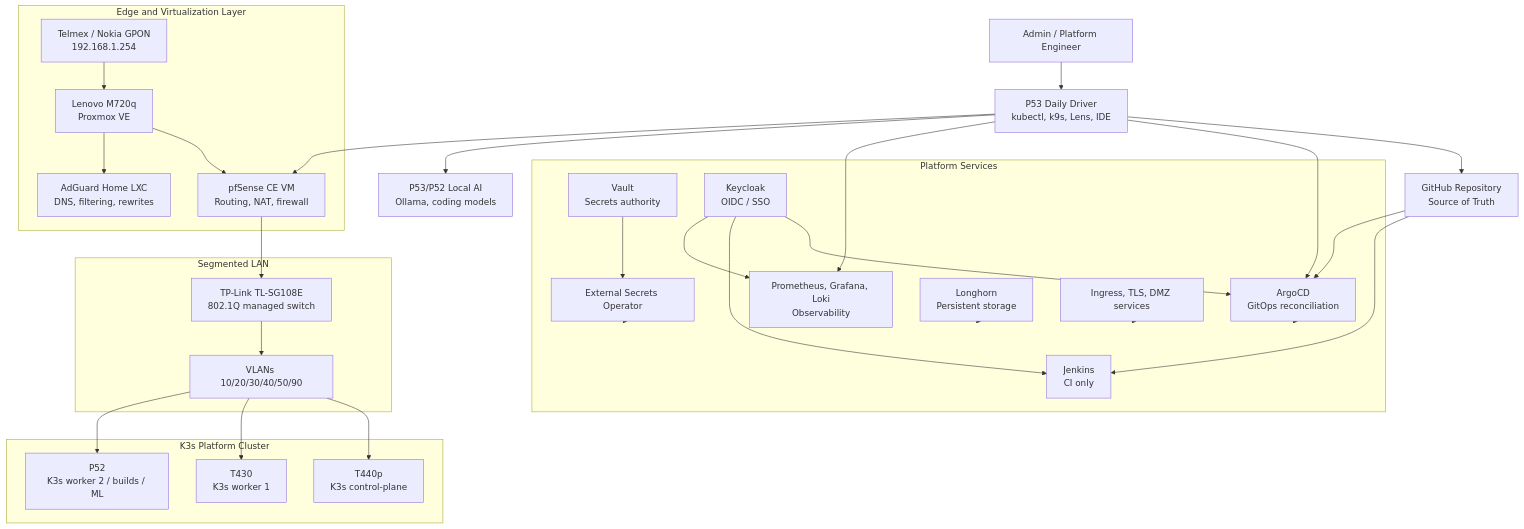
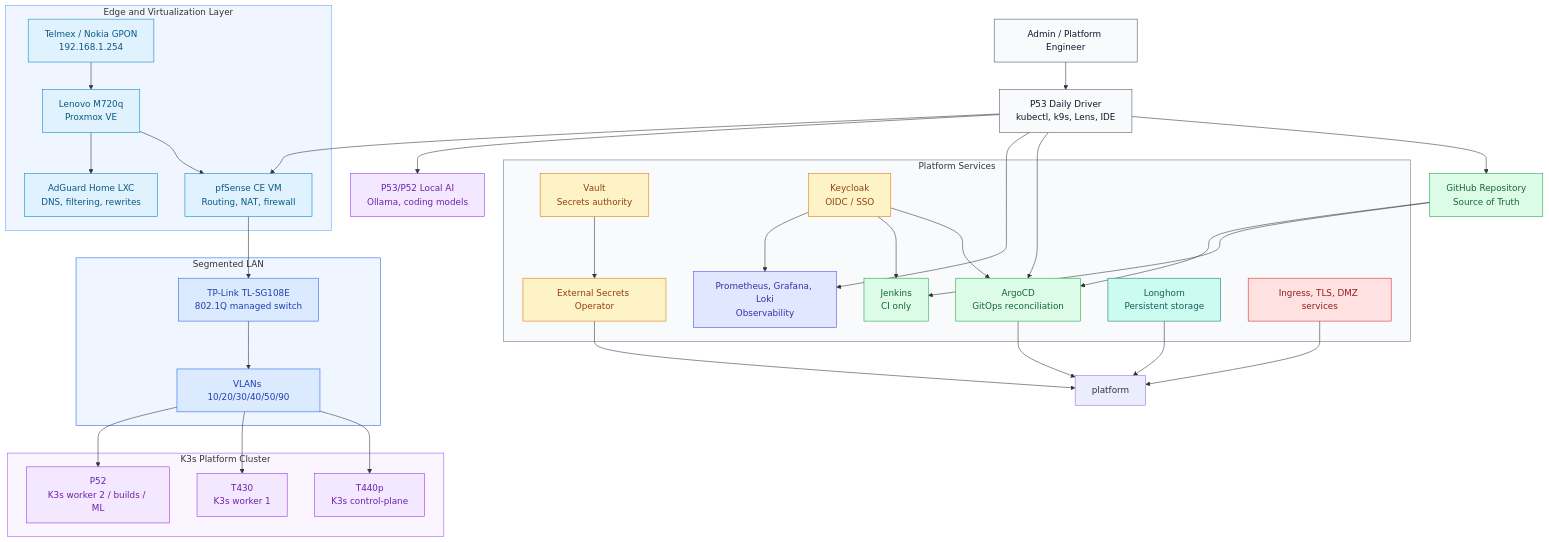
Before and after one commit to Vanguard94-RR/HomeLab: the first of 7 diagrams in docs/HomeLab-Enterprise-Architecture.md, drawn with Mermaid. The commit also changed other lines of this file, not shown here.

Commit message:
docs: color architecture diagrams

````diff
--- a/docs/HomeLab-Enterprise-Architecture.md
+++ b/docs/HomeLab-Enterprise-Architecture.md
@@ -87,25 +87,25 @@
   workstation["P53 Daily Driver<br/>kubectl, k9s, Lens, IDE"]
   ai["P53/P52 Local AI<br/>Ollama, coding models"]
 
-  subgraph edge["Edge and Virtualization Layer"]
+  subgraph edgeLayer["Edge and Virtualization Layer"]
     isp["Telmex / Nokia GPON<br/>192.168.1.254"]
     proxmox["Lenovo M720q<br/>Proxmox VE"]
     pfsense["pfSense CE VM<br/>Routing, NAT, firewall"]
     adguard["AdGuard Home LXC<br/>DNS, filtering, rewrites"]
   end
 
-  subgraph network["Segmented LAN"]
+  subgraph networkLayer["Segmented LAN"]
     switch["TP-Link TL-SG108E<br/>802.1Q managed switch"]
     vlans["VLANs 10/20/30/40/50/90"]
   end
 
-  subgraph cluster["K3s Platform Cluster"]
+  subgraph clusterLayer["K3s Platform Cluster"]
     master["T440p<br/>K3s control-plane"]
     worker1["T430<br/>K3s worker 1"]
     worker2["P52<br/>K3s worker 2 / builds / ML"]
   end
 
-  subgraph platform["Platform Services"]
+  subgraph platformLayer["Platform Services"]
     argocd["ArgoCD<br/>GitOps reconciliation"]
     jenkins["Jenkins<br/>CI only"]
     vault["Vault<br/>Secrets authority"]
@@ -142,4 +142,30 @@
   keycloak --> observability
   longhorn --> platform
   ingress --> platform
+
+  classDef person fill:#f8fafc,stroke:#475569,color:#0f172a
+  classDef edge fill:#e0f2fe,stroke:#0284c7,color:#075985
+  classDef network fill:#dbeafe,stroke:#2563eb,color:#1e40af
+  classDef k8s fill:#f3e8ff,stroke:#9333ea,color:#6b21a8
+  classDef gitops fill:#dcfce7,stroke:#16a34a,color:#166534
+  classDef iam fill:#fef3c7,stroke:#d97706,color:#92400e
+  classDef storage fill:#ccfbf1,stroke:#0f766e,color:#115e59
+  classDef obs fill:#e0e7ff,stroke:#4f46e5,color:#3730a3
+  classDef security fill:#fee2e2,stroke:#dc2626,color:#991b1b
+
+  class admin,workstation person
+  class github,argocd,jenkins gitops
+  class isp,proxmox,pfsense,adguard edge
+  class switch,vlans network
+  class master,worker1,worker2 k8s
+  class vault,eso,keycloak iam
+  class longhorn storage
+  class observability obs
+  class ingress security
+  class ai k8s
+
+  style edgeLayer fill:#eff6ff,stroke:#60a5fa
+  style networkLayer fill:#eff6ff,stroke:#2563eb
+  style clusterLayer fill:#faf5ff,stroke:#a855f7
+  style platformLayer fill:#f8fafc,stroke:#64748b
 ```
````
